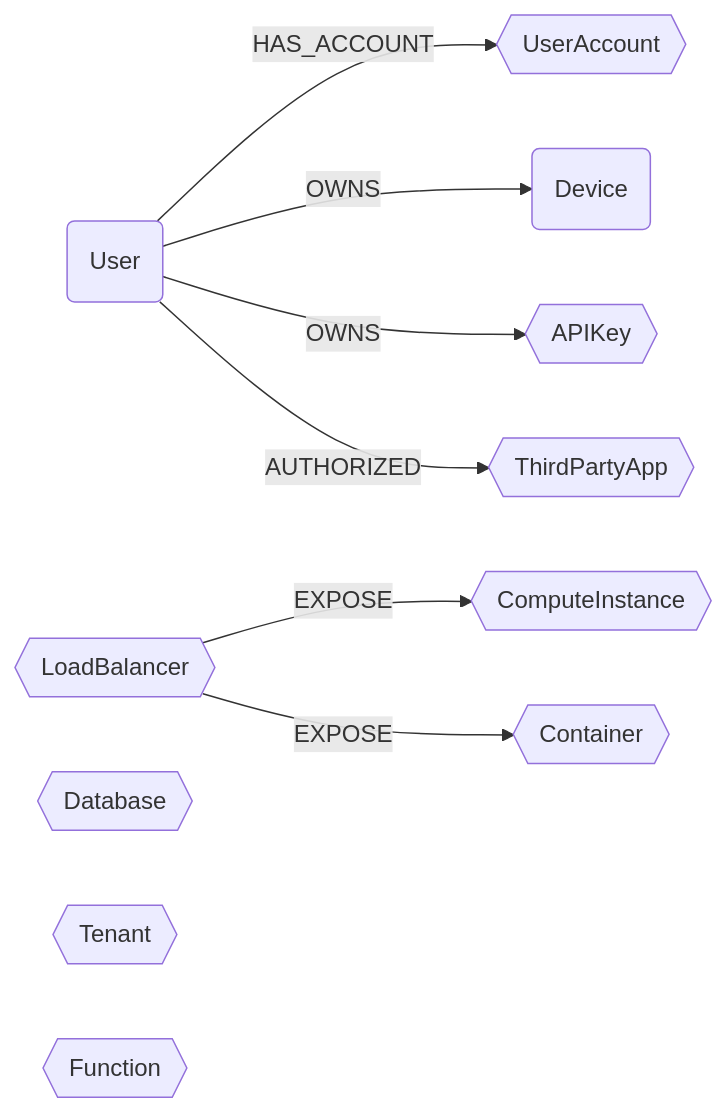
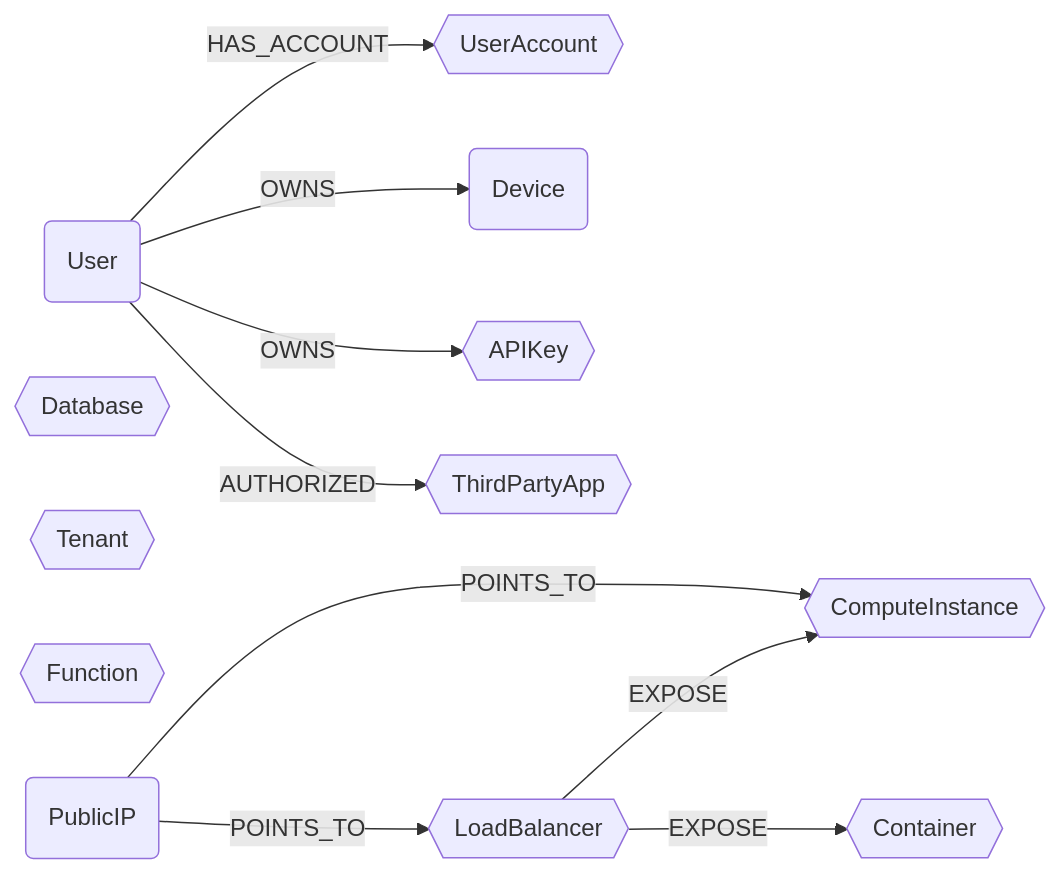
The diagram in docs/root/modules/ontology/schema.md (sec-js/cartography), drawn with Mermaid before and after one commit. The commit also changed other lines of this file and 5 other files, not shown here.

````diff
--- a/docs/root/modules/ontology/schema.md
+++ b/docs/root/modules/ontology/schema.md
@@ -6,13 +6,15 @@
 ```mermaid
 graph LR
 
 U(User) -- HAS_ACCOUNT --> UA{{UserAccount}}
 U -- OWNS --> CC(Device)
 U -- OWNS --> AK{{APIKey}}
 U -- AUTHORIZED --> OA{{ThirdPartyApp}}
 LB{{LoadBalancer}} -- EXPOSE --> CI{{ComputeInstance}}
 LB -- EXPOSE --> CT{{Container}}
 DB{{Database}}
 TN{{Tenant}}
 FN{{Function}}
+PIP(PublicIP) -- POINTS_TO --> LB
+PIP -- POINTS_TO --> CI
 ```
````
